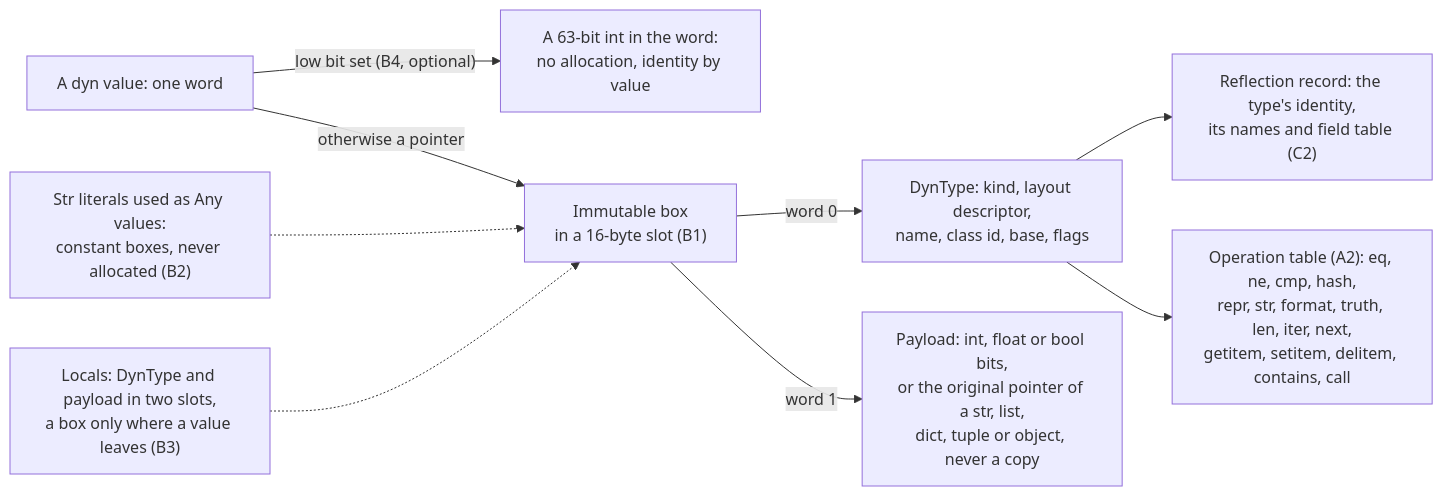
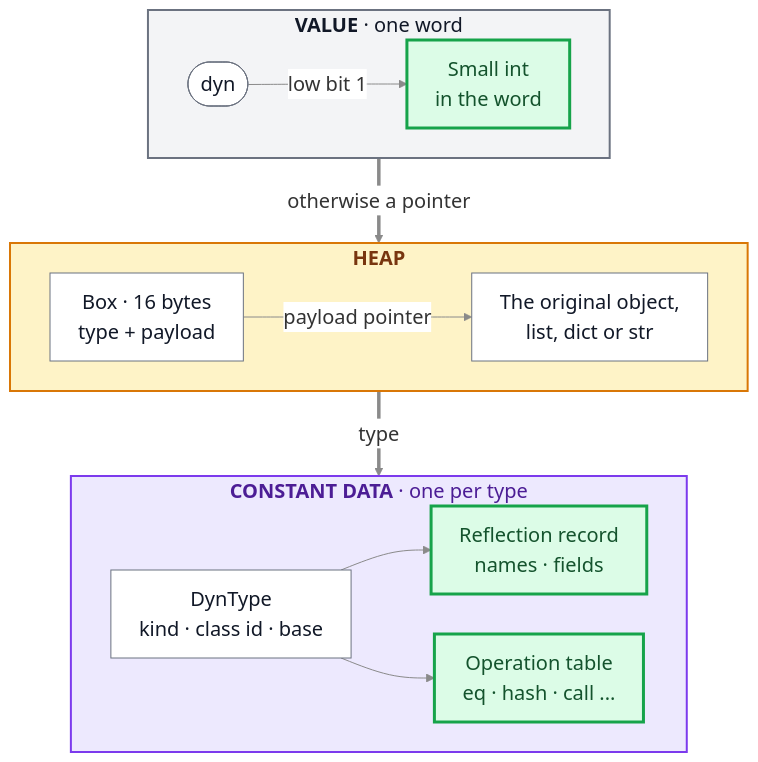
The fourth of 4 diagrams in research/dynamic-any-roadmap/README.md (den-run-ai/pystachy), drawn with Mermaid before and after one commit. The commit also changed other lines of this file, not shown here.

First line of the commit message:
Dynamic Any roadmap: redraw the diagrams with short labels, colored regions and dispatch levels

````diff
--- a/research/dynamic-any-roadmap/README.md
+++ b/research/dynamic-any-roadmap/README.md
@@ -253,11 +353,34 @@
 ```mermaid
-flowchart LR
-    w["A dyn value: one word"] -->|"low bit set (B4, optional)"| smi["A 63-bit int in the word:<br/>no allocation, identity by value"]
-    w -->|"otherwise a pointer"| box["Immutable box<br/>in a 16-byte slot (B1)"]
-    box -->|"word 0"| dt["DynType: kind, layout descriptor,<br/>name, class id, base, flags"]
-    box -->|"word 1"| p["Payload: int, float or bool bits,<br/>or the original pointer of a str, list,<br/>dict, tuple or object, never a copy"]
-    dt --> rec["Reflection record: the type's identity,<br/>its names and field table (C2)"]
-    dt --> ops["Operation table (A2): eq, ne, cmp, hash,<br/>repr, str, format, truth, len, iter, next,<br/>getitem, setitem, delitem, contains, call"]
-    lit["Str literals used as Any values:<br/>constant boxes, never allocated (B2)"] -.-> box
-    loc["Locals: DynType and payload in two slots,<br/>a box only where a value leaves (B3)"] -.-> box
+%%{init: {"theme": "base", "themeVariables": {"fontSize": "20px", "lineColor": "#8a8a8a", "edgeLabelBackground": "#ffffff", "textColor": "#1f2937"}, "flowchart": {"nodeSpacing": 40, "rankSpacing": 55, "padding": 14}}}%%
+flowchart TB
+    subgraph V["<b>VALUE</b> · one word"]
+        direction LR
+        w(["dyn"])
+        smi["Small int<br/>in the word"]
+        w -->|"low bit 1"| smi
+    end
+    subgraph H["<b>HEAP</b>"]
+        direction LR
+        box["Box · 16 bytes<br/>type + payload"]
+        obj["The original object,<br/>list, dict or str"]
+        box -->|"payload pointer"| obj
+    end
+    subgraph C["<b>CONSTANT DATA</b> · one per type"]
+        direction LR
+        dt["DynType<br/>kind · class id · base"]
+        rec["Reflection record<br/>names · fields"]
+        ops["Operation table<br/>eq · hash · call ..."]
+        dt --> rec
+        dt --> ops
+    end
+    V ==>|"otherwise a pointer"| H
+    H ==>|"type"| C
+
+    classDef base fill:#ffffff,stroke:#6b7280,stroke-width:1px,color:#111827
+    classDef new fill:#dcfce7,stroke:#16a34a,stroke-width:3px,color:#14532d
+    class w,box,obj,dt base
+    class smi,rec,ops new
+    style V fill:#f3f4f6,stroke:#6b7280,stroke-width:2px,color:#111827
+    style H fill:#fef3c7,stroke:#d97706,stroke-width:2px,color:#78350f
+    style C fill:#ede9fe,stroke:#7c3aed,stroke-width:2px,color:#4c1d95
 ```
````
